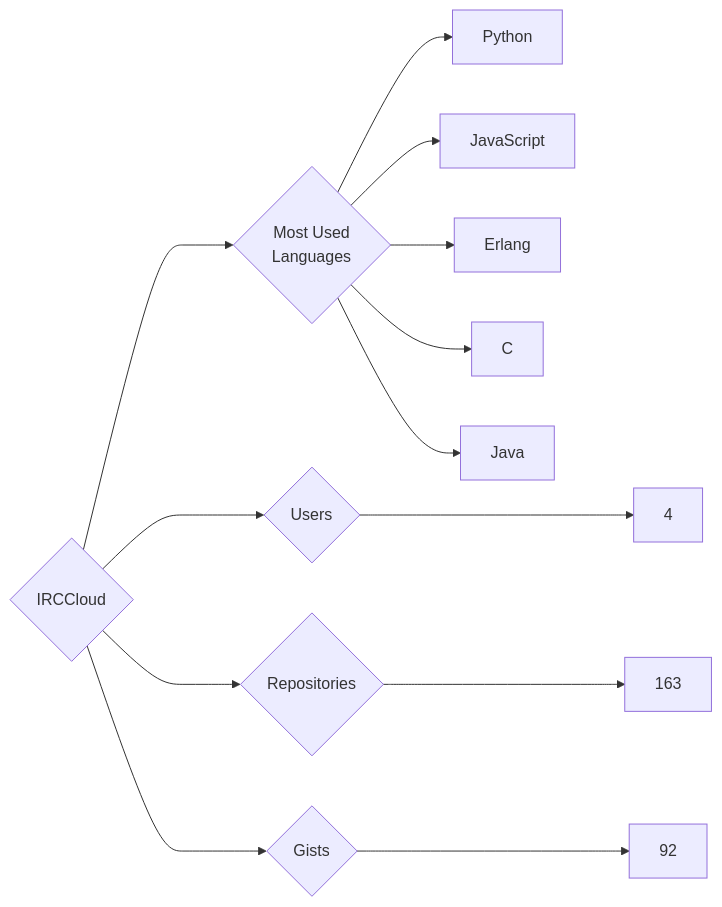
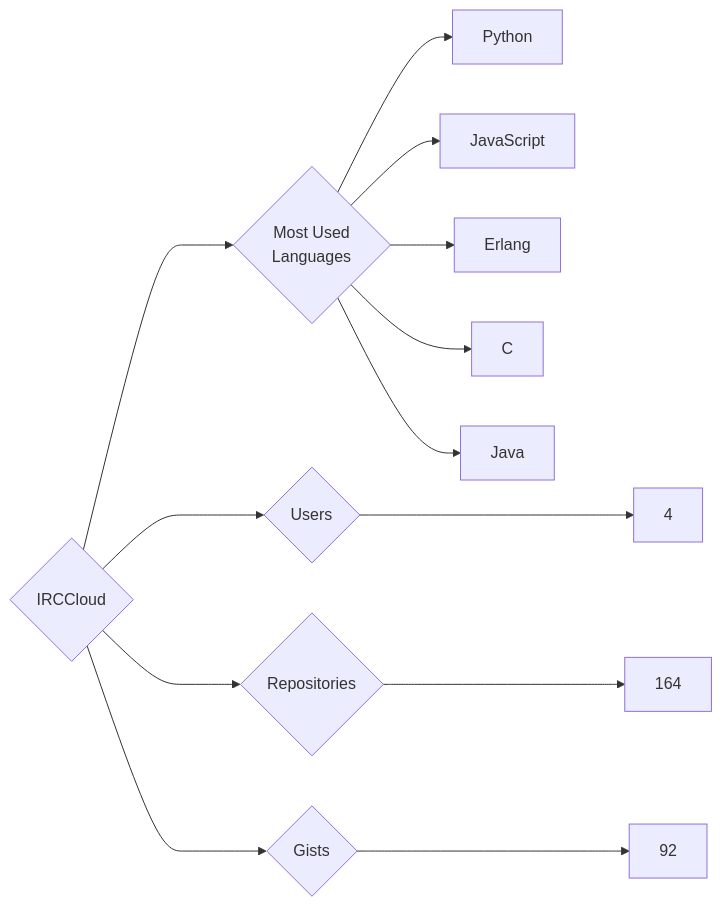
One commit to trickest/insiders changed the diagram in targets/IRCCloud/README.md. Above: the diagram before and after it, drawn with Mermaid. The commit also changed 693 other files, not shown here.

````diff
--- a/targets/IRCCloud/README.md
+++ b/targets/IRCCloud/README.md
@@ -3,13 +3,13 @@
 ```mermaid
 graph LR
 COMPANY_NAME{IRCCloud}
 COMPANY_NAME ---> U{Users} ---> UN[4]
-COMPANY_NAME ---> R{Repositories} ---> RN[163]
+COMPANY_NAME ---> R{Repositories} ---> RN[164]
 COMPANY_NAME ---> G{Gists} ---> GN[92]
 COMPANY_NAME ---> ML{Most Used<br>Languages}
 ML --> Python[Python]
 ML --> JavaScript[JavaScript]
 ML --> Erlang[Erlang]
 ML --> C[C]
 ML --> Java[Java]
 ```
````
